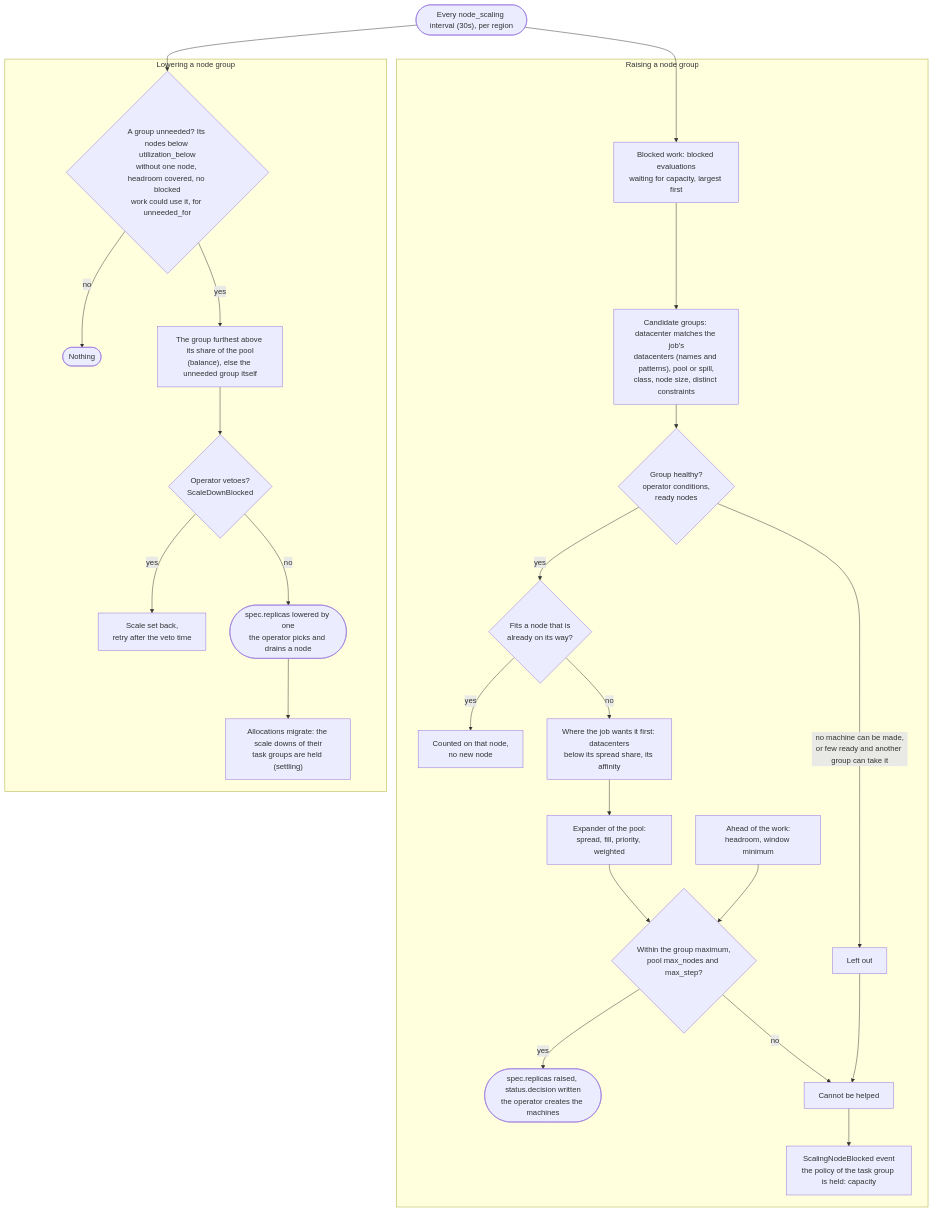
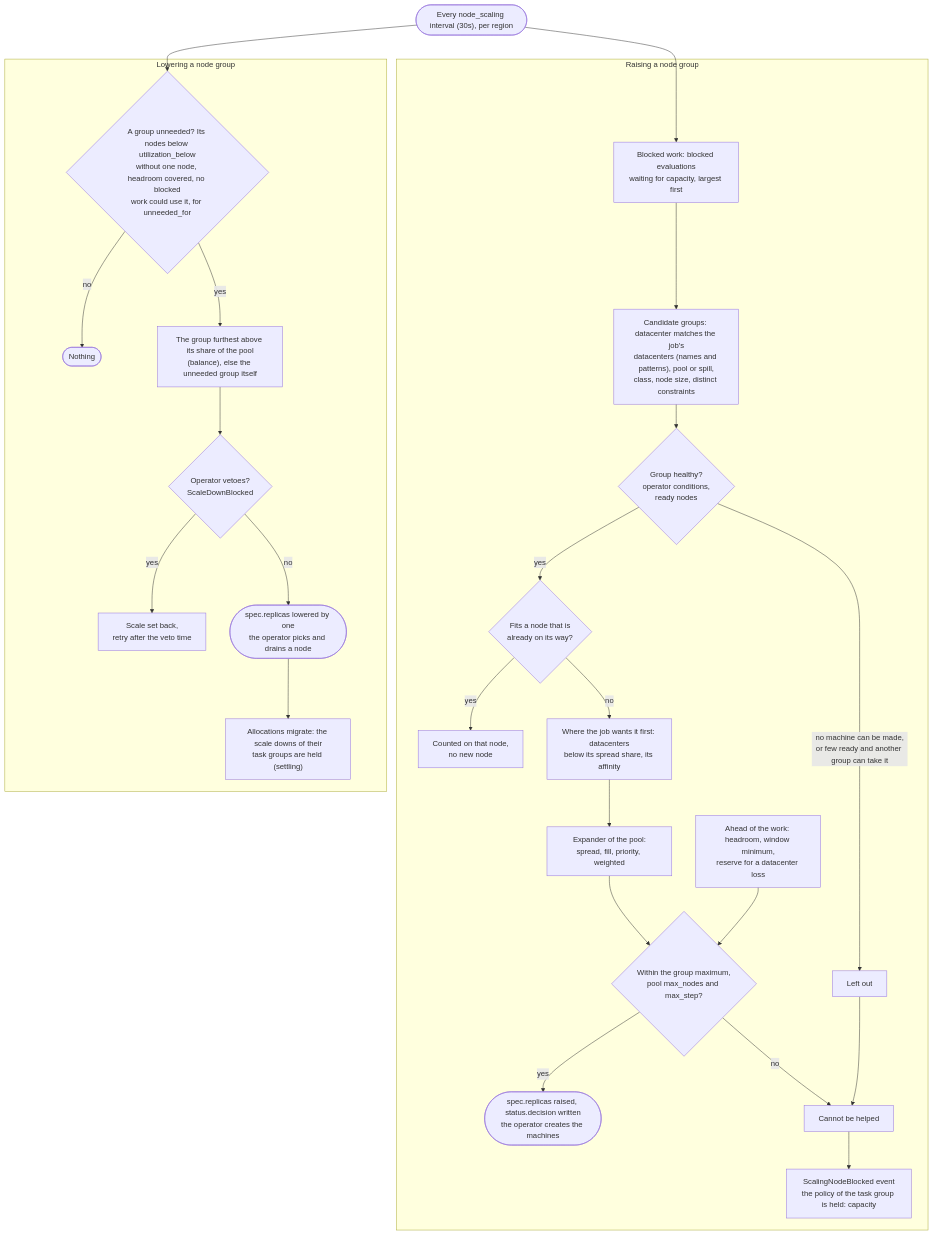
Before and after one commit to bacanoo-io/norca-doc: the diagram in content/docs/features/node-scaling/_index.md, drawn with Mermaid. The commit also changed other lines of this file and 1 other file, not shown here.

First line of the commit message:
node scaling: the reserve for the loss of a datacenter

````diff
--- a/content/docs/features/node-scaling/_index.md
+++ b/content/docs/features/node-scaling/_index.md
@@ -53,32 +53,32 @@
 ```mermaid
 flowchart TD
   LOOK(["Every node_scaling interval (30s), per region"]) --> WORK["Blocked work: blocked evaluations<br/>waiting for capacity, largest first"]
   LOOK --> DOWN
 
   subgraph UP["Raising a node group"]
     WORK --> CAND["Candidate groups: datacenter matches the job's<br/>datacenters (names and patterns), pool or spill,<br/>class, node size, distinct constraints"]
     CAND --> HEALTH{"Group healthy?<br/>operator conditions,<br/>ready nodes"}
     HEALTH -->|"no machine can be made,<br/>or few ready and another group can take it"| LEFT["Left out"]
     HEALTH -->|"yes"| ONWAY{"Fits a node that is<br/>already on its way?"}
     ONWAY -->|"yes"| PLACED["Counted on that node,<br/>no new node"]
     ONWAY -->|"no"| SPREAD["Where the job wants it first: datacenters<br/>below its spread share, its affinity"]
     SPREAD --> EXP["Expander of the pool:<br/>spread, fill, priority, weighted"]
     EXP --> LIMITS
-    AHEAD["Ahead of the work:<br/>headroom, window minimum"] --> LIMITS
+    AHEAD["Ahead of the work: headroom, window minimum,<br/>reserve for a datacenter loss"] --> LIMITS
     LIMITS{"Within the group maximum,<br/>pool max_nodes and max_step?"}
     LIMITS -->|"yes"| RAISE(["spec.replicas raised, status.decision written<br/>the operator creates the machines"])
     LIMITS -->|"no"| NOHELP["Cannot be helped"]
     LEFT --> NOHELP
     NOHELP --> TOLD["ScalingNodeBlocked event<br/>the policy of the task group is held: capacity"]
   end
 
   subgraph DOWNSG["Lowering a node group"]
     DOWN{"A group unneeded? Its nodes below utilization_below<br/>without one node, headroom covered, no blocked<br/>work could use it, for unneeded_for"}
     DOWN -->|"no"| KEEP(["Nothing"])
     DOWN -->|"yes"| PICK["The group furthest above its share of the pool<br/>(balance), else the unneeded group itself"]
     PICK --> VETO{"Operator vetoes?<br/>ScaleDownBlocked"}
     VETO -->|"yes"| BACK["Scale set back,<br/>retry after the veto time"]
     VETO -->|"no"| LOWER(["spec.replicas lowered by one<br/>the operator picks and drains a node"])
     LOWER --> SETTLE["Allocations migrate: the scale downs of their<br/>task groups are held (settling)"]
   end
 ```
````
